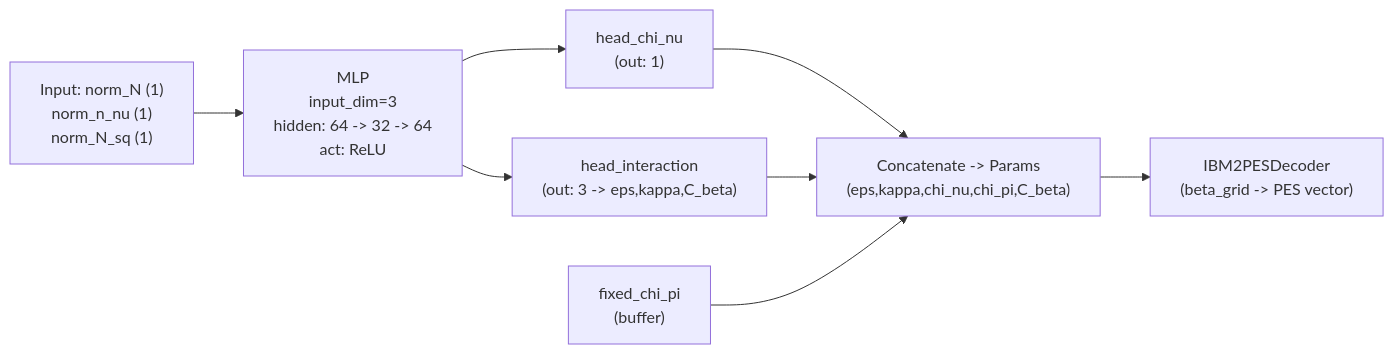
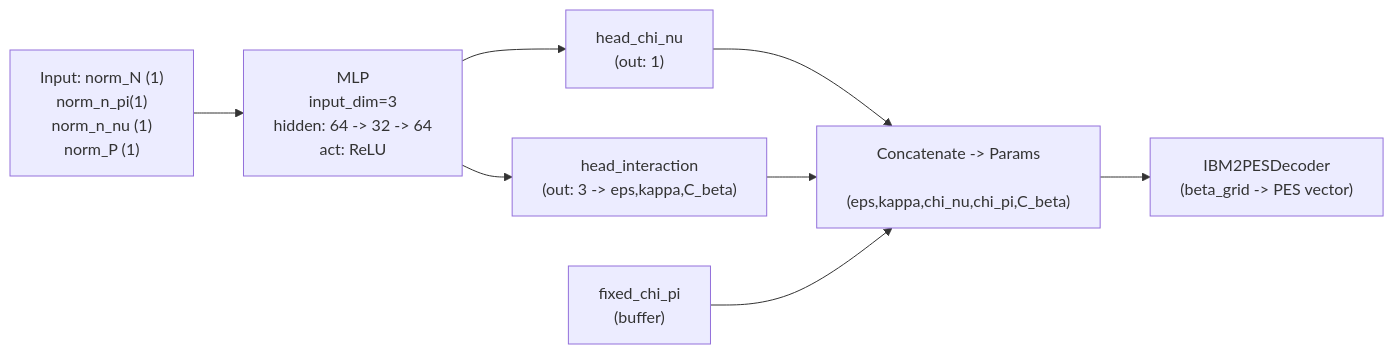
The diagram in README.md (obata-nucl/MC_research_2), drawn with Mermaid before and after one commit.

Commit message:
fix typo in README

````diff
--- a/README.md
+++ b/README.md
@@ -187,18 +187,18 @@
 ```mermaid
 flowchart LR
-    IN["Input: norm_N (1)\n norm_n_nu (1)\n norm_N_sq (1)"]
-    MLP["MLP\ninput_dim=3\nhidden: 64 -> 32 -> 64\nact: ReLU"]
-    H1["head_chi_nu\n(out: 1)"]
-    H2["head_interaction\n(out: 3 -> eps,kappa,C_beta)"]
-    FIX["fixed_chi_pi\n(buffer)"]
-    CONCAT["Concatenate -> Params\n(eps,kappa,chi_nu,chi_pi,C_beta)"]
-    DEC["IBM2PESDecoder\n(beta_grid -> PES vector)"]
+    IN["Input: norm_N (1)\n norm_n_pi(1)\n norm_n_nu (1)\n norm_P (1)"]
+    MLP["MLP\n input_dim=3\n hidden: 64 -> 32 -> 64\n act: ReLU"]
+    H1["head_chi_nu\n (out: 1)"]
+    H2["head_interaction\n (out: 3 -> eps,kappa,C_beta)"]
+    FIX["fixed_chi_pi\n (buffer)"]
+    CONCAT["Concatenate -> Params\n (eps,kappa,chi_nu,chi_pi,C_beta)"]
+    DEC["IBM2PESDecoder\n (beta_grid -> PES vector)"]
 
     IN --> MLP
     MLP --> H1
     MLP --> H2
     H1 --> CONCAT
     H2 --> CONCAT
     FIX --> CONCAT
     CONCAT --> DEC
 ```
````
